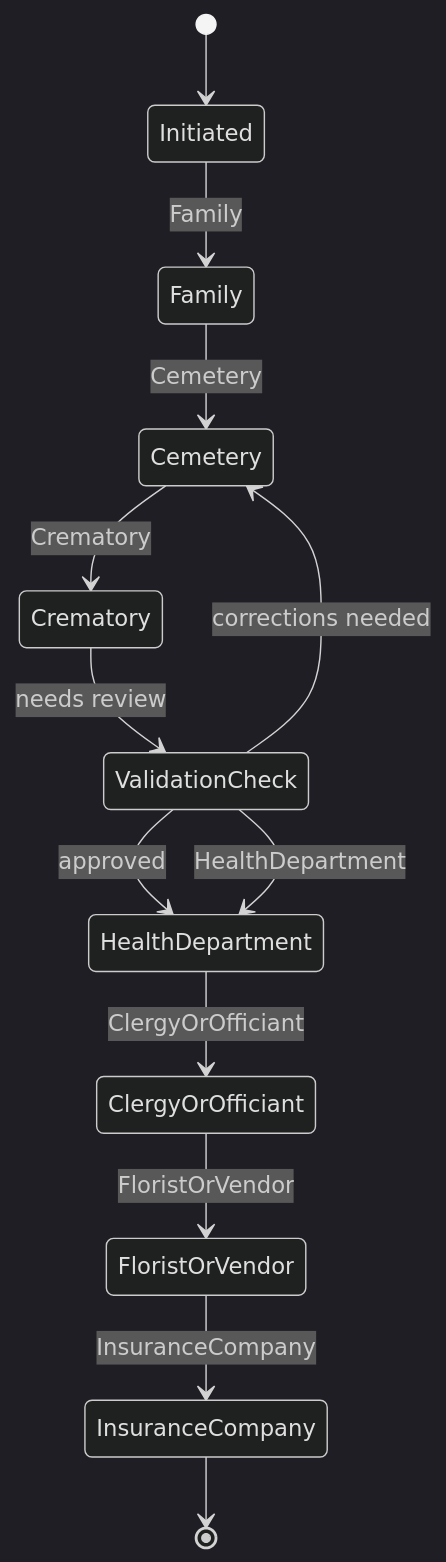
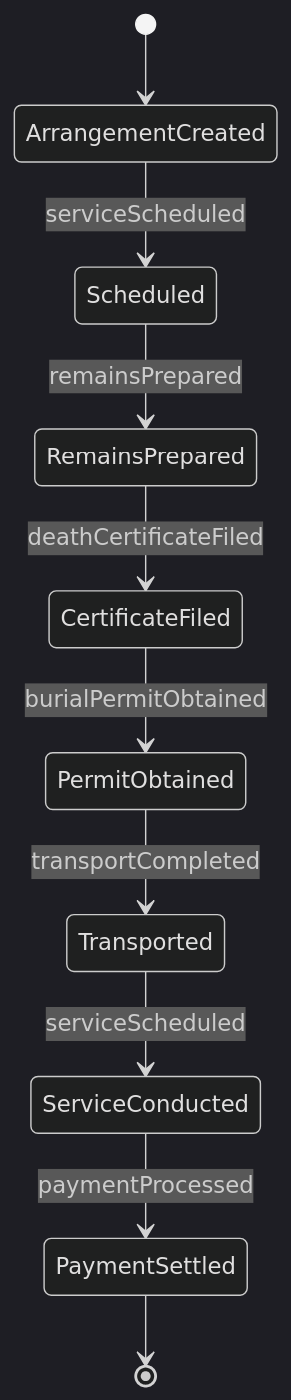
Before and after one commit to dot-org-ai/tasks.org.ai: the second of 4 diagrams in GuidingDirectingAndMotivatingSubordinates/DirectOrganizationalOperationsActivitiesOrProcedures/DirectFuneralMortuaryActivities.mdx, drawn with Mermaid (dark theme). The commit also changed other lines of this file and 515 other files, not shown here.

````diff
--- a/GuidingDirectingAndMotivatingSubordinates/DirectOrganizationalOperationsActivitiesOrProcedures/DirectFuneralMortuaryActivities.mdx
+++ b/GuidingDirectingAndMotivatingSubordinates/DirectOrganizationalOperationsActivitiesOrProcedures/DirectFuneralMortuaryActivities.mdx
@@ -105,15 +106,12 @@
 ```mermaid
 stateDiagram-v2
-    [*] --> Initiated
-    Initiated --> Family: Family
-    Family --> Cemetery: Cemetery
-    Cemetery --> Crematory: Crematory
-    Crematory --> ValidationCheck: needs review
-    ValidationCheck --> Cemetery: corrections needed
-    ValidationCheck --> HealthDepartment: approved
-    ValidationCheck --> HealthDepartment: HealthDepartment
-    HealthDepartment --> ClergyOrOfficiant: ClergyOrOfficiant
-    ClergyOrOfficiant --> FloristOrVendor: FloristOrVendor
-    FloristOrVendor --> InsuranceCompany: InsuranceCompany
-    InsuranceCompany --> [*]
+    [*] --> ArrangementCreated
+    ArrangementCreated --> Scheduled : serviceScheduled
+    Scheduled --> RemainsPrepared : remainsPrepared
+    RemainsPrepared --> CertificateFiled : deathCertificateFiled
+    CertificateFiled --> PermitObtained : burialPermitObtained
+    PermitObtained --> Transported : transportCompleted
+    Transported --> ServiceConducted : serviceScheduled
+    ServiceConducted --> PaymentSettled : paymentProcessed
+    PaymentSettled --> [*]
 ```
````
